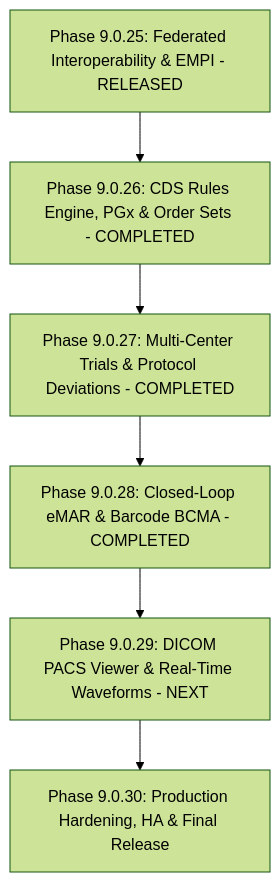
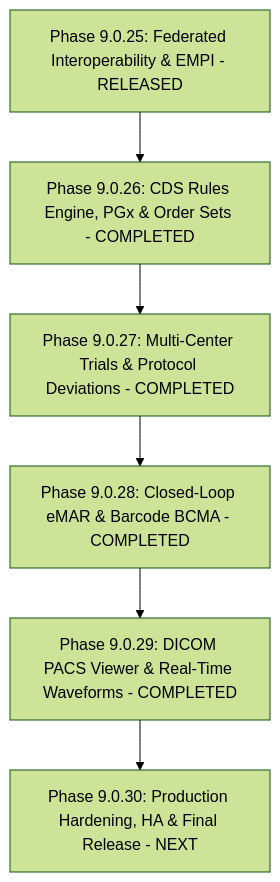
Before and after one commit to Harish2004-sonwale/MediGen-AI: the diagram in docs/remaining_project_roadmap.md, drawn with Mermaid (forest theme). The commit also changed other lines of this file and 14 other files, not shown here.

Commit message:
feat(imaging): implement Phase 9.0.29 DICOM PACS viewer and real-time clinical waveforms

````diff
--- a/docs/remaining_project_roadmap.md
+++ b/docs/remaining_project_roadmap.md
@@ -25,8 +26,8 @@
 ```mermaid
 graph TD
     P25[Phase 9.0.25: Federated Interoperability & EMPI - RELEASED] --> P26[Phase 9.0.26: CDS Rules Engine, PGx & Order Sets - COMPLETED]
     P26 --> P27[Phase 9.0.27: Multi-Center Trials & Protocol Deviations - COMPLETED]
     P27 --> P28[Phase 9.0.28: Closed-Loop eMAR & Barcode BCMA - COMPLETED]
-    P28 --> P29[Phase 9.0.29: DICOM PACS Viewer & Real-Time Waveforms - NEXT]
-    P29 --> P30[Phase 9.0.30: Production Hardening, HA & Final Release]
+    P28 --> P29[Phase 9.0.29: DICOM PACS Viewer & Real-Time Waveforms - COMPLETED]
+    P29 --> P30[Phase 9.0.30: Production Hardening, HA & Final Release - NEXT]
 ```
````
